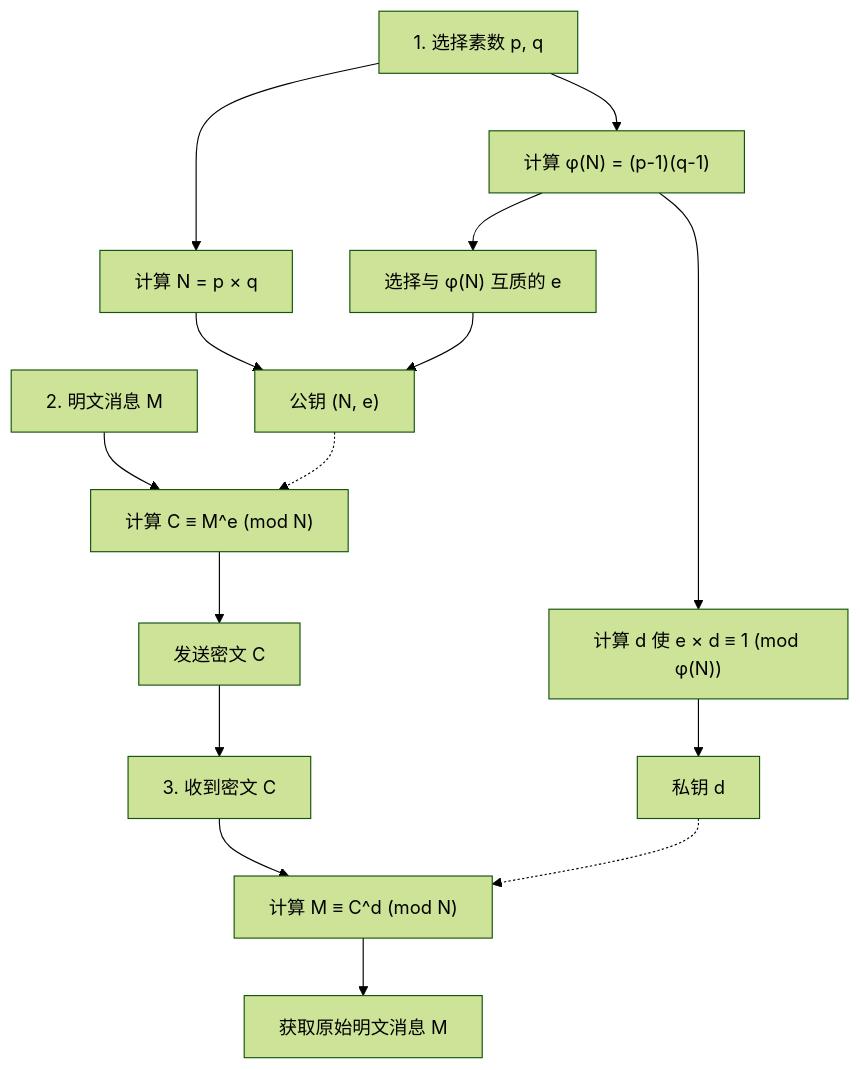
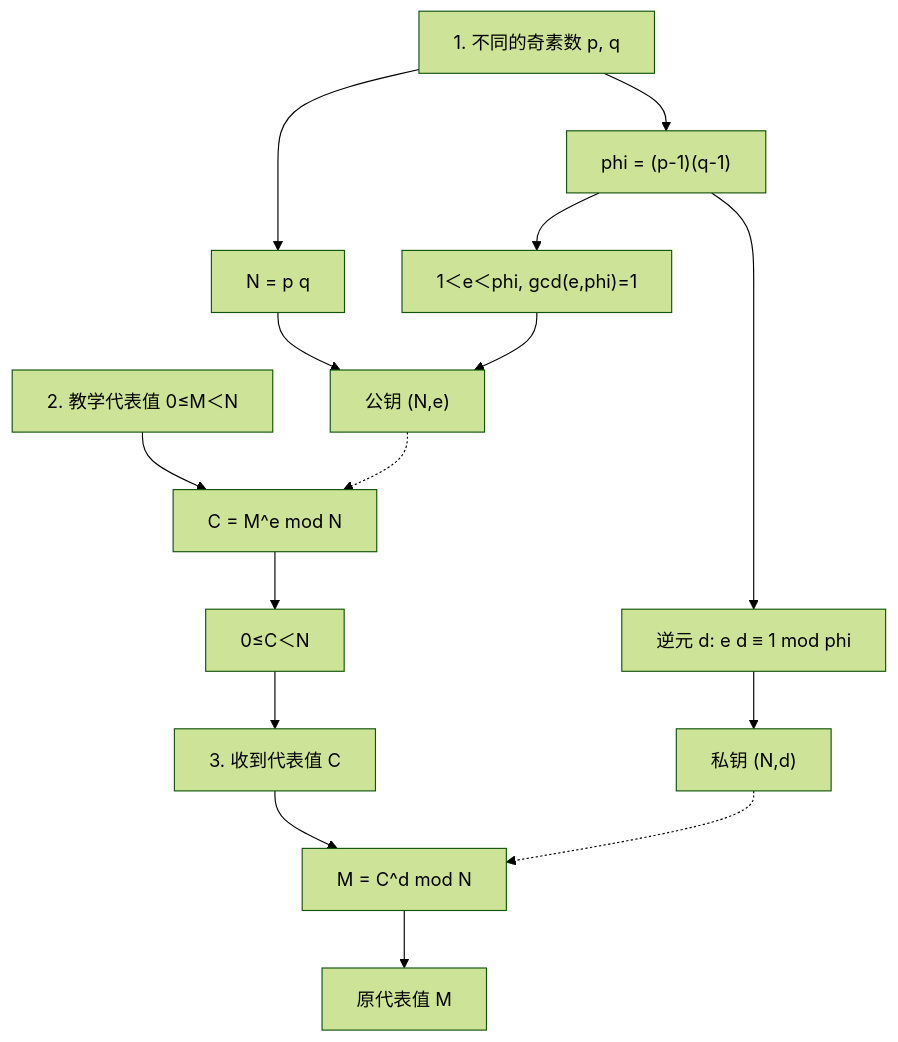
Before and after one commit to kenjinote/blog: the second of 3 diagrams in content/post/rsa暗号の仕組みを高校生でもわかるように説明する/index.zh-cn.md, drawn with Mermaid (forest theme). The commit also changed other lines of this file and 5 other files, not shown here.

````diff
--- a/content/post/rsa暗号の仕組みを高校生でもわかるように説明する/index.zh-cn.md
+++ b/content/post/rsa暗号の仕組みを高校生でもわかるように説明する/index.zh-cn.md
@@ -164,19 +103,17 @@
 ```mermaid
 flowchart TD
-    A1["1. 选择素数 p, q"] --> A2["计算 N = p × q"]
-    A1 --> A3["计算 φ(N) = (p-1)(q-1)"]
-    A3 --> A4["选择与 φ(N) 互质的 e"]
-    A3 --> A5["计算 d 使 e × d ≡ 1 (mod φ(N))"]
-    A2 --> A6["公钥 (N, e)"]
+    A1["1. 不同的奇素数 p, q"] --> A2["N = p q"]
+    A1 --> A3["phi = (p-1)(q-1)"]
+    A3 --> A4["1＜e＜phi, gcd(e,phi)=1"]
+    A3 --> A5["逆元 d: e d ≡ 1 mod phi"]
+    A2 --> A6["公钥 (N,e)"]
     A4 --> A6
-    A5 --> A7["私钥 d"]
-    
-    B1["2. 明文消息 M"] --> B2["计算 C ≡ M^e (mod N)"]
+    A5 --> A7["私钥 (N,d)"]
+    B1["2. 教学代表值 0≤M＜N"] --> B2["C = M^e mod N"]
     A6 -.-> B2
-    B2 --> B3["发送密文 C"]
-    
-    B3 --> C1["3. 收到密文 C"]
-    C1 --> C2["计算 M ≡ C^d (mod N)"]
+    B2 --> B3["0≤C＜N"]
+    B3 --> C1["3. 收到代表值 C"]
+    C1 --> C2["M = C^d mod N"]
     A7 -.-> C2
-    C2 --> C3["获取原始明文消息 M"]
+    C2 --> C3["原代表值 M"]
 ```
````
